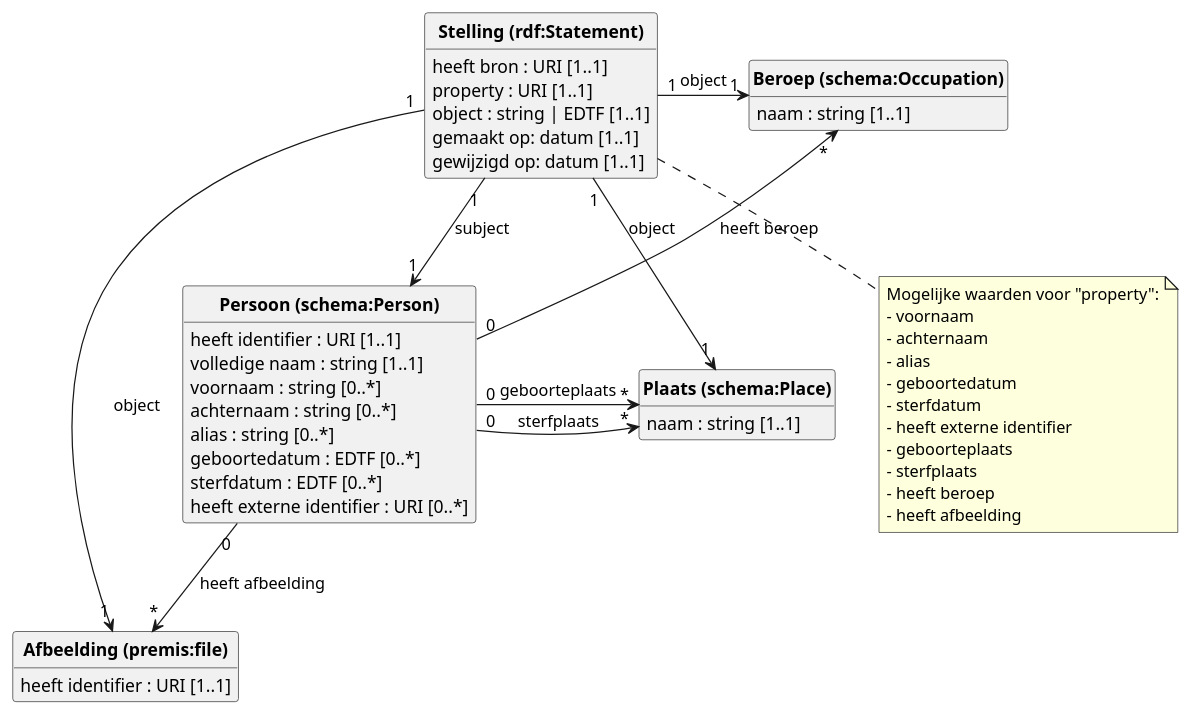
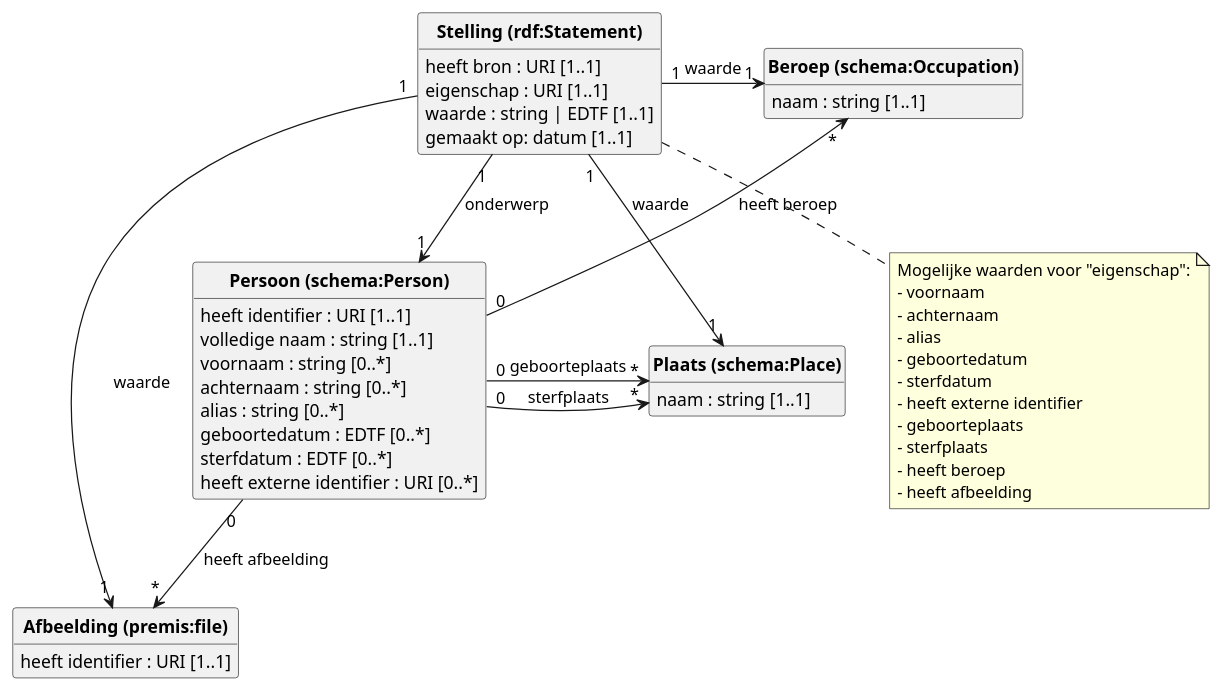
One commit to viaacode/visual-name-authority-project changed the diagram in datamodel/diagram-alt.puml. Above: the diagram before and after it, drawn with PlantUML.

```diff
--- a/datamodel/diagram-alt.puml
+++ b/datamodel/diagram-alt.puml
@@ -1,60 +1,59 @@
 @startuml
 class "<b>Persoon (schema:Person)</b>" {
     heeft identifier : URI [1..1]
     volledige naam : string [1..1]
     voornaam : string [0..*]
     achternaam : string [0..*]
     alias : string [0..*]
     geboortedatum : EDTF [0..*]
     sterfdatum : EDTF [0..*]
     heeft externe identifier : URI [0..*]
 }
 
 class "<b>Plaats (schema:Place)</b>" {
     naam : string [1..1]
 }
 
 class "<b>Beroep (schema:Occupation)</b>" {
     naam : string [1..1]
 }
 
 class "<b>Afbeelding (premis:file)</b>" {
     heeft identifier : URI [1..1]
 }
 
 "<b>Persoon (schema:Person)</b>" "0" -> "*" "<b>Plaats (schema:Place)</b>" : geboorteplaats
 "<b>Persoon (schema:Person)</b>" "0" -> "*" "<b>Plaats (schema:Place)</b>" : sterfplaats
 "<b>Beroep (schema:Occupation)</b>" "*" <-- "0" "<b>Persoon (schema:Person)</b>": heeft beroep
 "<b>Persoon (schema:Person)</b>" "0" --> "*" "<b>Afbeelding (premis:file)</b>": heeft afbeelding
 
 class "<b>Stelling (rdf:Statement)</b>"{
     heeft bron : URI [1..1]
-    property : URI [1..1]
-    object : string | EDTF [1..1]
+    eigenschap : URI [1..1]
+    waarde : string | EDTF [1..1]
     gemaakt op: datum [1..1]
-    gewijzigd op: datum [1..1]
 }
 note bottom of "<b>Stelling (rdf:Statement)</b>"
-    Mogelijke waarden voor "property":
+    Mogelijke waarden voor "eigenschap":
     - voornaam
     - achternaam
     - alias
     - geboortedatum
     - sterfdatum
     - heeft externe identifier
     - geboorteplaats
     - sterfplaats
     - heeft beroep
     - heeft afbeelding
 end note
 
  
 
-"<b>Stelling (rdf:Statement)</b>" "1" -> "1" "<b>Persoon (schema:Person)</b>" : subject
-"<b>Stelling (rdf:Statement)</b>" "1" -> "1" "<b>Plaats (schema:Place)</b>" : object
-"<b>Stelling (rdf:Statement)</b>" "1" -> "1" "<b>Beroep (schema:Occupation)</b>": object
-"<b>Stelling (rdf:Statement)</b>" "1" -> "1" "<b>Afbeelding (premis:file)</b>": object
+"<b>Stelling (rdf:Statement)</b>" "1" -> "1" "<b>Persoon (schema:Person)</b>" : onderwerp
+"<b>Stelling (rdf:Statement)</b>" "1" -> "1" "<b>Plaats (schema:Place)</b>" : waarde
+"<b>Stelling (rdf:Statement)</b>" "1" -> "1" "<b>Beroep (schema:Occupation)</b>": waarde
+"<b>Stelling (rdf:Statement)</b>" "1" -> "1" "<b>Afbeelding (premis:file)</b>": waarde
 
 hide circle
 hide methods
 @enduml
```
